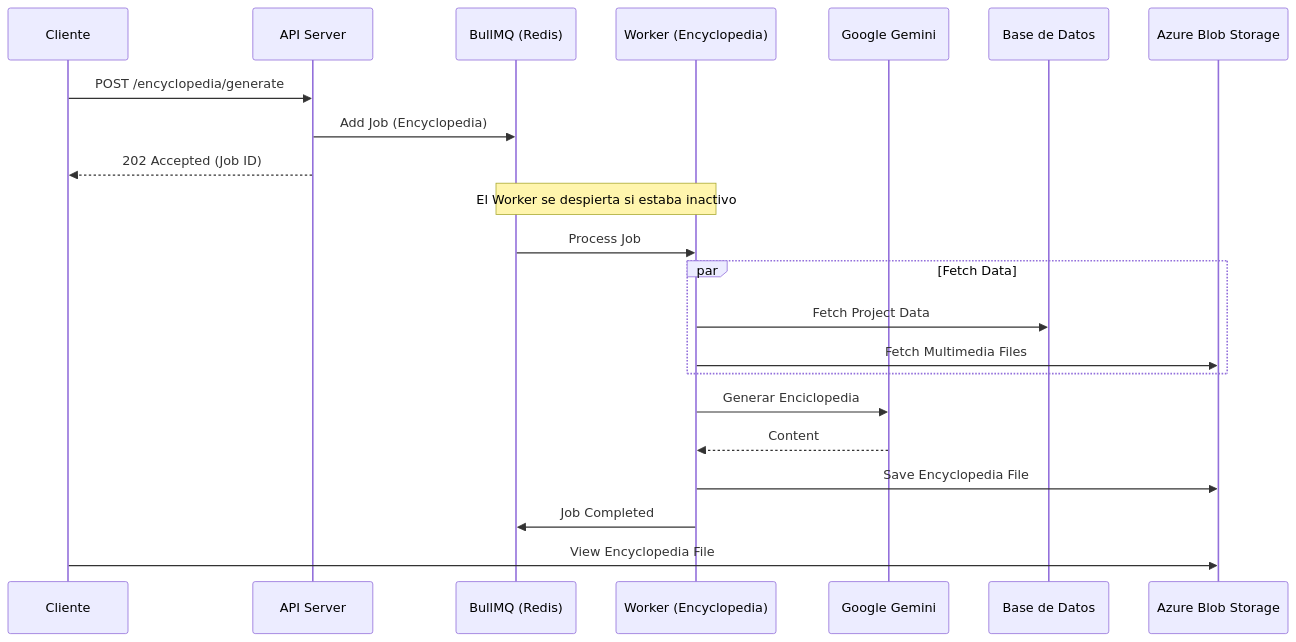
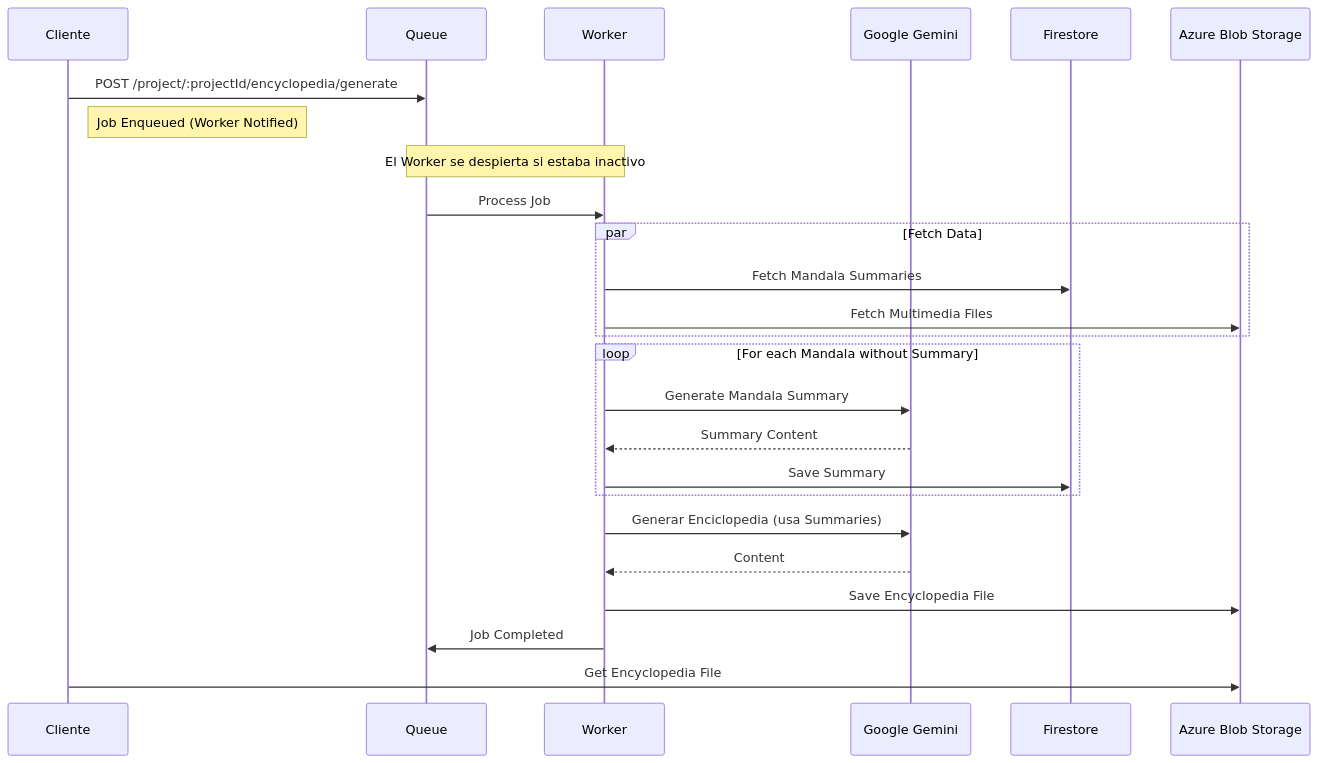
Before and after one commit to austral-worldbuilding-lab/back: the first of 2 diagrams in docs/DEVELOPER_MANUAL.md, drawn with Mermaid. The commit also changed other lines of this file, not shown here.

````diff
--- a/docs/DEVELOPER_MANUAL.md
+++ b/docs/DEVELOPER_MANUAL.md
@@ -335,28 +335,33 @@
 ```mermaid
 sequenceDiagram
     participant User as Cliente
-    participant API as API Server
-    participant Q as BullMQ (Redis)
-    participant W as Worker (Encyclopedia)
+    participant Q as Queue
+    participant W as Worker
     participant AI as Google Gemini
-    participant DB as Base de Datos
+    participant FS as Firestore
     participant AZ as Azure Blob Storage
 
-    User->>API: POST /encyclopedia/generate
-    API->>Q: Add Job (Encyclopedia)
-    API-->>User: 202 Accepted (Job ID)
-    
+    User->>Q: POST /project/:projectId/encyclopedia/generate
+    Note right of User: Job Enqueued (Worker Notified)
+
     Note over Q,W: El Worker se despierta si estaba inactivo
     Q->>W: Process Job
     par Fetch Data
-        W->>DB: Fetch Project Data
+        W->>FS: Fetch Mandala Summaries
         W->>AZ: Fetch Multimedia Files
     end
-    W->>AI: Generar Enciclopedia
+
+    loop For each Mandala without Summary
+        W->>AI: Generate Mandala Summary
+        AI-->>W: Summary Content
+        W->>FS: Save Summary
+    end
+
+    W->>AI: Generar Enciclopedia (usa Summaries)
     AI-->>W: Content
     
     W->>AZ: Save Encyclopedia File
     W->>Q: Job Completed
     
-    User->>AZ: View Encyclopedia File
+    User->>AZ: Get Encyclopedia File
 ```
````
